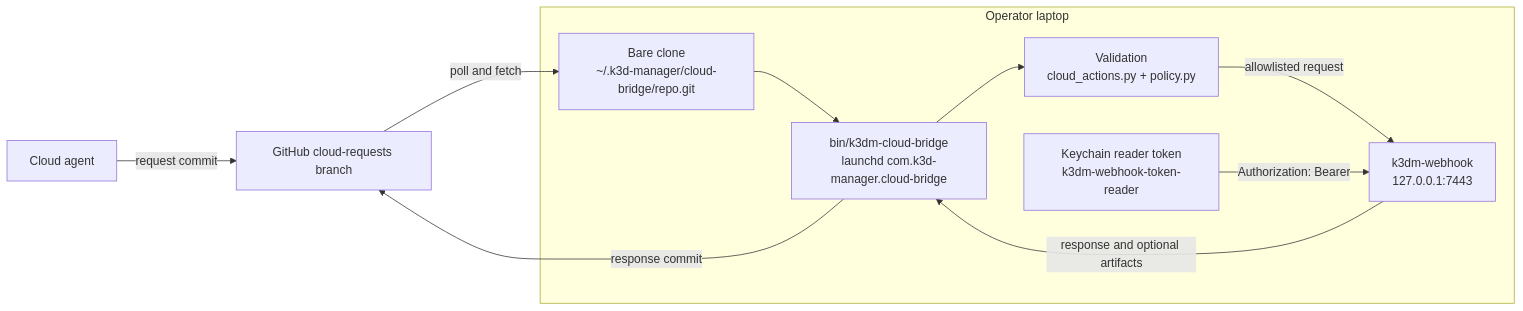
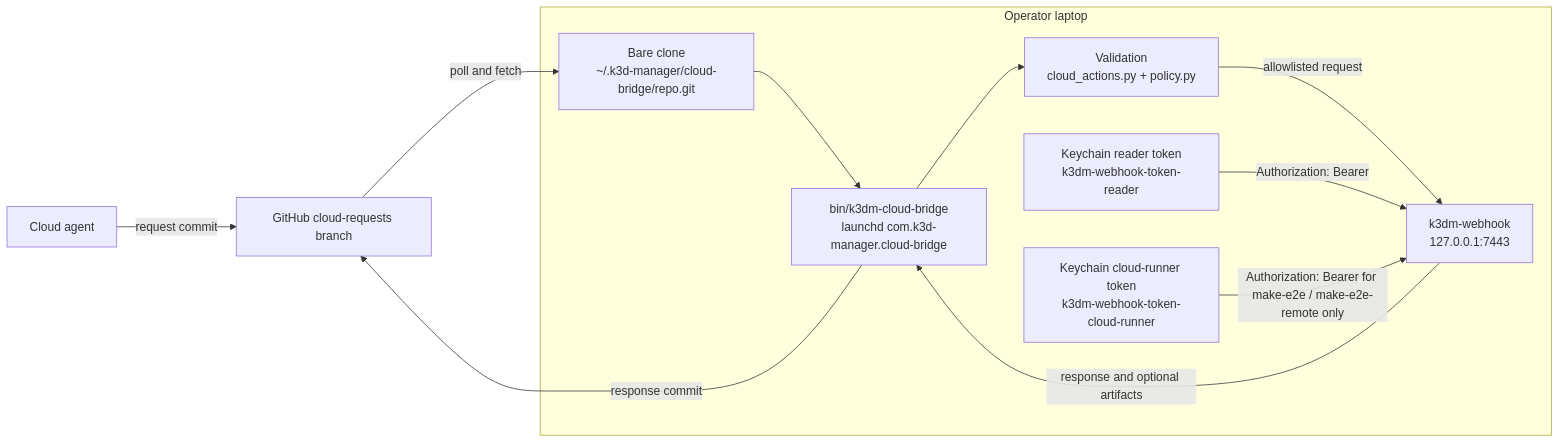
Before and after one commit to wilddog64/k3d-manager: the first of 2 diagrams in docs/architecture/cloud-bridge.md, drawn with Mermaid. The commit also changed other lines of this file and 7 other files, not shown here.

````diff
--- a/docs/architecture/cloud-bridge.md
+++ b/docs/architecture/cloud-bridge.md
@@ -13,20 +14,22 @@
 ```mermaid
 flowchart LR
     Agent["Cloud agent"] -->|"request commit"| Branch["GitHub cloud-requests branch"]
 
     subgraph Mac["Operator laptop"]
         Bridge["bin/k3dm-cloud-bridge<br/>launchd com.k3d-manager.cloud-bridge"]
         Bare["Bare clone<br/>~/.k3d-manager/cloud-bridge/repo.git"]
         Validate["Validation<br/>cloud_actions.py + policy.py"]
         Webhook["k3dm-webhook<br/>127.0.0.1:7443"]
         Reader["Keychain reader token<br/>k3dm-webhook-token-reader"]
+        Runner["Keychain cloud-runner token<br/>k3dm-webhook-token-cloud-runner"]
     end
 
     Branch -->|"poll and fetch"| Bare
     Bare --> Bridge
     Bridge --> Validate
     Validate -->|"allowlisted request"| Webhook
     Reader -->|"Authorization: Bearer"| Webhook
+    Runner -->|"Authorization: Bearer for make-e2e / make-e2e-remote only"| Webhook
     Webhook -->|"response and optional artifacts"| Bridge
     Bridge -->|"response commit"| Branch
 ```
````
